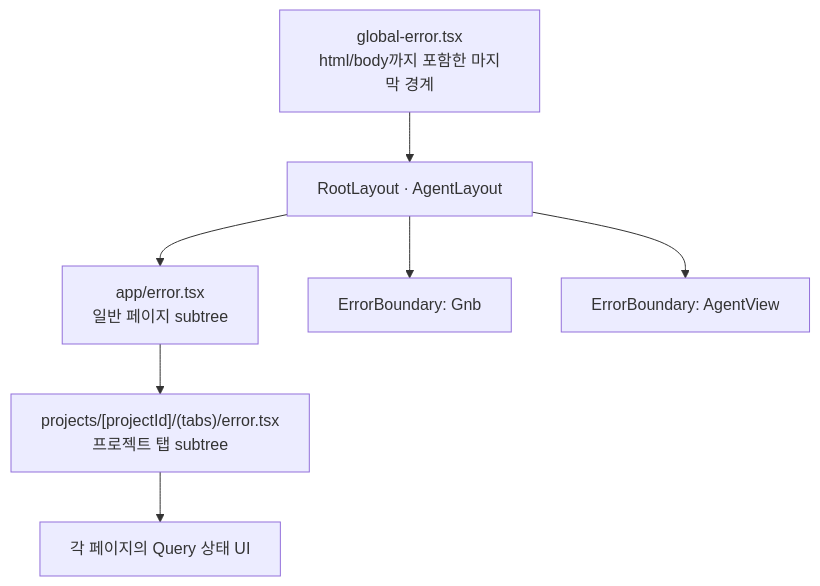
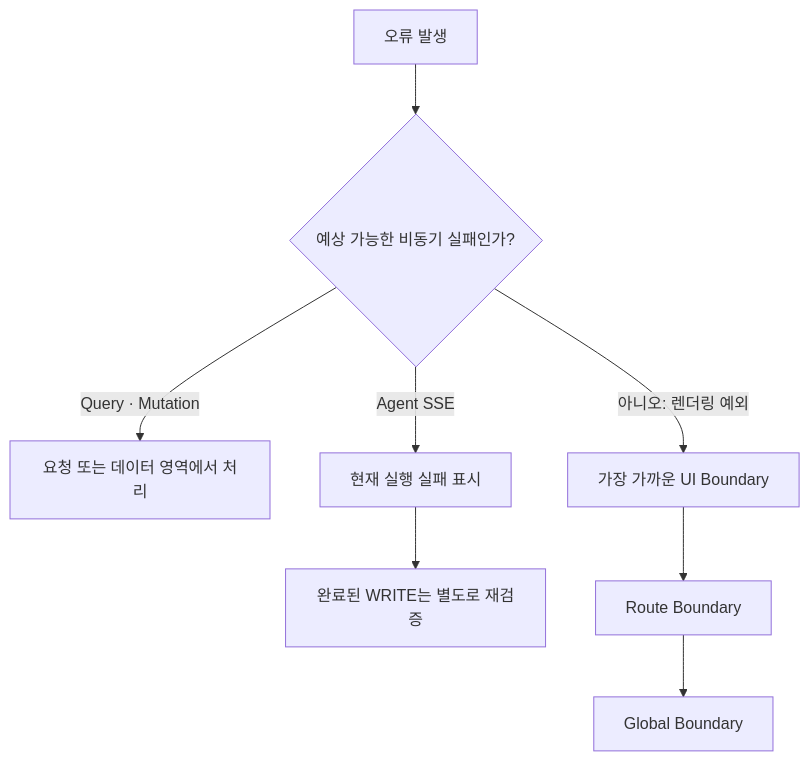
The second of 3 diagrams in FRONTEND_ARCHITECTURE_STRATEGIES.md (Pretty-Works/pretty-fe), drawn with Mermaid before and after one commit. The commit also changed other lines of this file and 19 other files, not shown here.

````diff
--- a/FRONTEND_ARCHITECTURE_STRATEGIES.md
+++ b/FRONTEND_ARCHITECTURE_STRATEGIES.md
@@ -191,17 +106,10 @@
 ```mermaid
 flowchart TD
-    G["global-error.tsx<br/>html/body까지 포함한 마지막 경계"]
-    L["RootLayout · AgentLayout"]
-    R["app/error.tsx<br/>일반 페이지 subtree"]
-    P["projects/[projectId]/(tabs)/error.tsx<br/>프로젝트 탭 subtree"]
-    B1["ErrorBoundary: Gnb"]
-    B2["ErrorBoundary: AgentView"]
-    C["각 페이지의 Query 상태 UI"]
-
-    G --> L
-    L --> R
-    L --> B1
-    L --> B2
-    R --> P
-    P --> C
+    E["오류 발생"] --> X{"예상 가능한 비동기 실패인가?"}
+    X -->|Query · Mutation| L["요청 또는 데이터 영역에서 처리"]
+    X -->|Agent SSE| A["현재 실행 실패 표시"]
+    A --> C["완료된 WRITE는 별도로 재검증"]
+    X -->|아니오: 렌더링 예외| B["가장 가까운 UI Boundary"]
+    B --> R["Route Boundary"]
+    R --> G["Global Boundary"]
 ```
````
